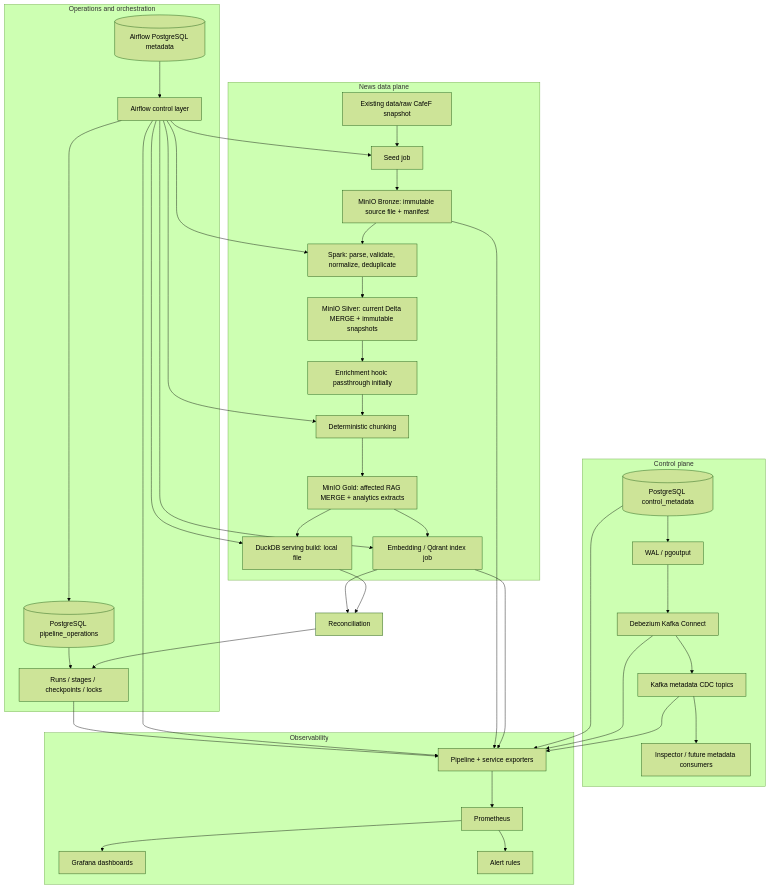
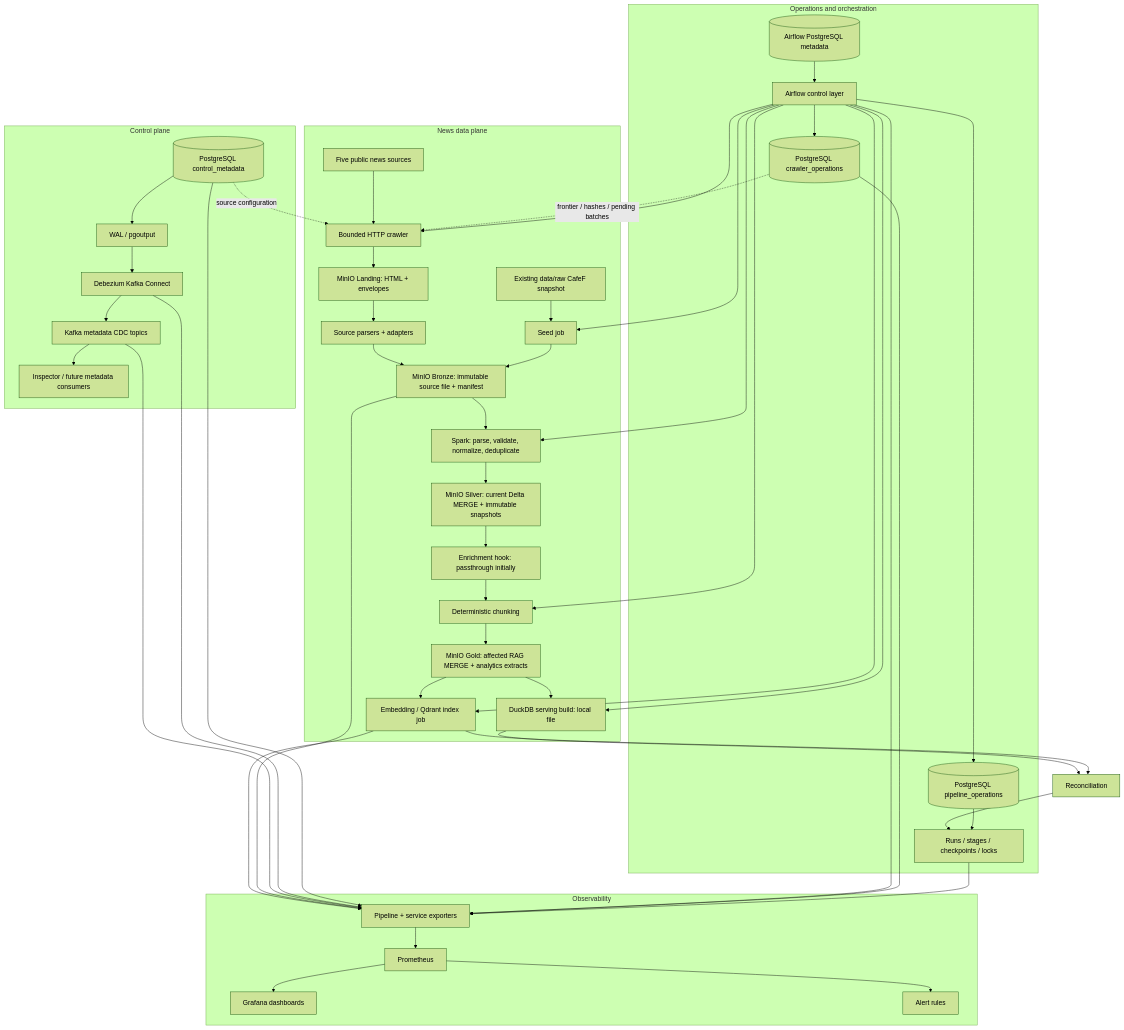
Before and after one commit to minhphu05/financial-news: the diagram in docs/local-architecture.md, drawn with Mermaid (forest theme). The commit also changed other lines of this file and 4 other files, not shown here.

````diff
--- a/docs/local-architecture.md
+++ b/docs/local-architecture.md
@@ -26,45 +26,54 @@
 ```mermaid
 flowchart TB
     subgraph CP[Control plane]
         MPG[(PostgreSQL control_metadata)] --> WAL[WAL / pgoutput]
         WAL --> DBZ[Debezium Kafka Connect]
         DBZ --> KF[Kafka metadata CDC topics]
         KF --> MC[Inspector / future metadata consumers]
     end
     subgraph OP[Operations and orchestration]
         AP[(Airflow PostgreSQL metadata)] --> AF[Airflow control layer]
         AF --> PR[(PostgreSQL pipeline_operations)]
+        AF --> CR[(PostgreSQL crawler_operations)]
         PR --> CK[Runs / stages / checkpoints / locks]
     end
     subgraph DP[News data plane]
         A[Existing data/raw CafeF snapshot] --> B[Seed job]
         B --> C[MinIO Bronze: immutable source file + manifest]
+        NEWS[Five public news sources] --> HTTP[Bounded HTTP crawler]
+        HTTP --> LAND[MinIO Landing: HTML + envelopes]
+        LAND --> ADAPT[Source parsers + adapters]
+        ADAPT --> C
         C --> D[Spark: parse, validate, normalize, deduplicate]
         D --> E[MinIO Silver: current Delta MERGE + immutable snapshots]
         E --> F[Enrichment hook: passthrough initially]
         F --> G[Deterministic chunking]
         G --> H[MinIO Gold: affected RAG MERGE + analytics extracts]
         H --> I[Embedding / Qdrant index job]
         H --> J[DuckDB serving build: local file]
     end
     subgraph OB[Observability]
         EX[Pipeline + service exporters] --> PM[Prometheus]
         PM --> GF[Grafana dashboards]
         PM --> AR[Alert rules]
     end
     AF --> B
+    AF --> HTTP
+    MPG -. source configuration .-> HTTP
+    CR -. frontier / hashes / pending batches .-> HTTP
     AF --> D
     AF --> G
     AF --> I
     AF --> J
     I --> RC[Reconciliation]
     J --> RC
     RC --> CK
     CK --> EX
+    CR --> EX
     AF --> EX
     MPG --> EX
     DBZ --> EX
     KF --> EX
     C --> EX
     I --> EX
 ```
````
